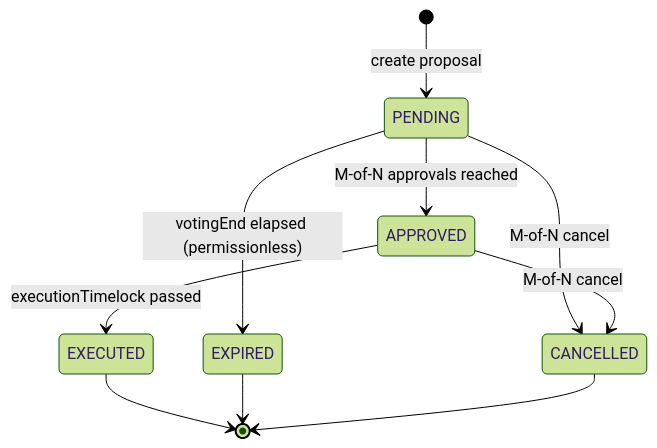
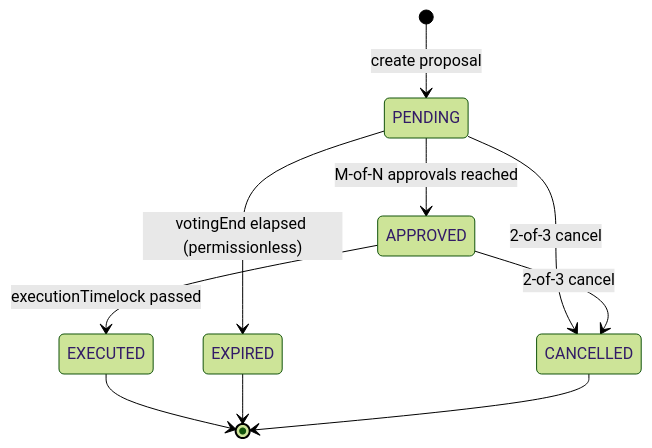
One commit to flowguardlabs/flow-guard changed the first of 2 diagrams in docs/concepts/governance.mdx. Above: the diagram before and after it, drawn with Mermaid (forest theme). The commit also changed other lines of this file and 5 other files, not shown here.

````diff
--- a/docs/concepts/governance.mdx
+++ b/docs/concepts/governance.mdx
@@ -11,12 +11,12 @@
 ```mermaid
 stateDiagram-v2
     [*] --> PENDING : create proposal
     PENDING --> APPROVED : M-of-N approvals reached
     PENDING --> EXPIRED : votingEnd elapsed (permissionless)
-    PENDING --> CANCELLED : M-of-N cancel
-    APPROVED --> CANCELLED : M-of-N cancel
+    PENDING --> CANCELLED : 2-of-3 cancel
+    APPROVED --> CANCELLED : 2-of-3 cancel
     APPROVED --> EXECUTED : executionTimelock passed
     EXECUTED --> [*]
     EXPIRED --> [*]
     CANCELLED --> [*]
 ```
````
